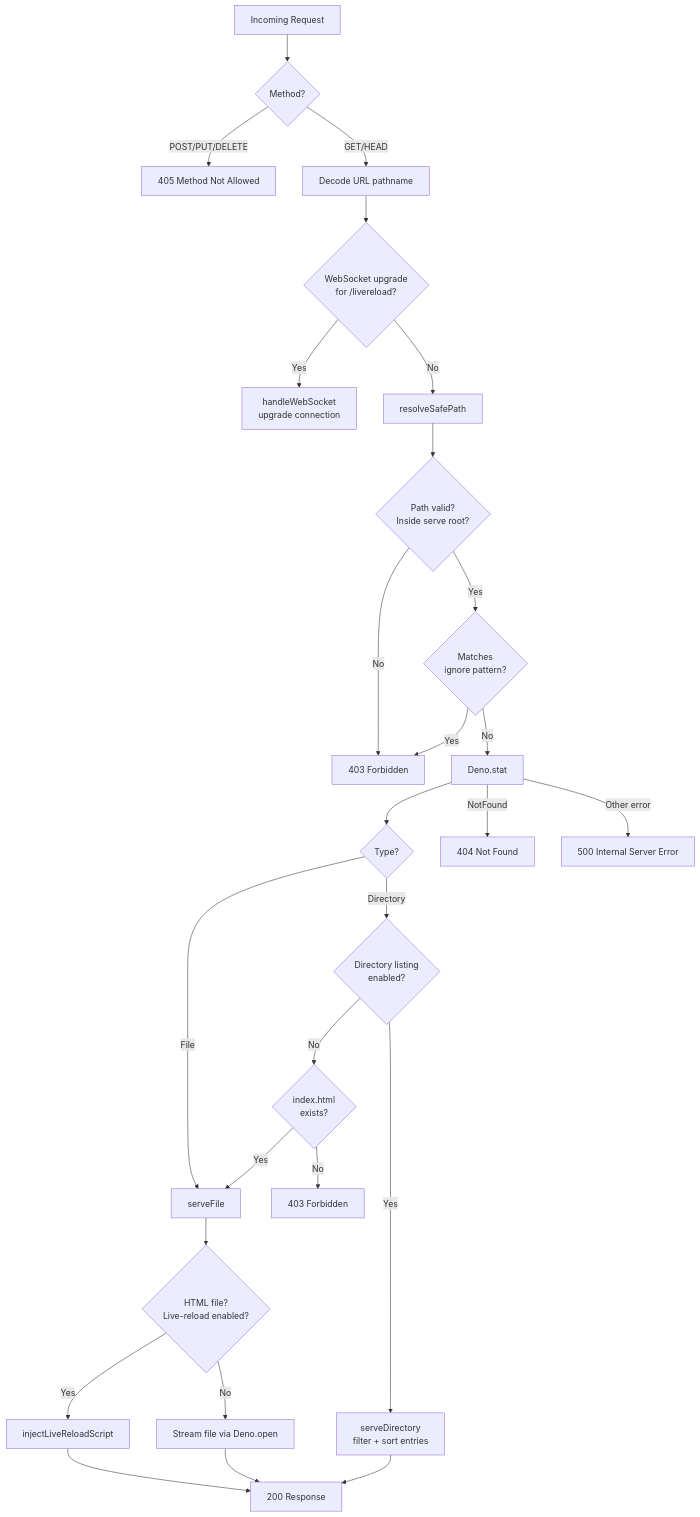
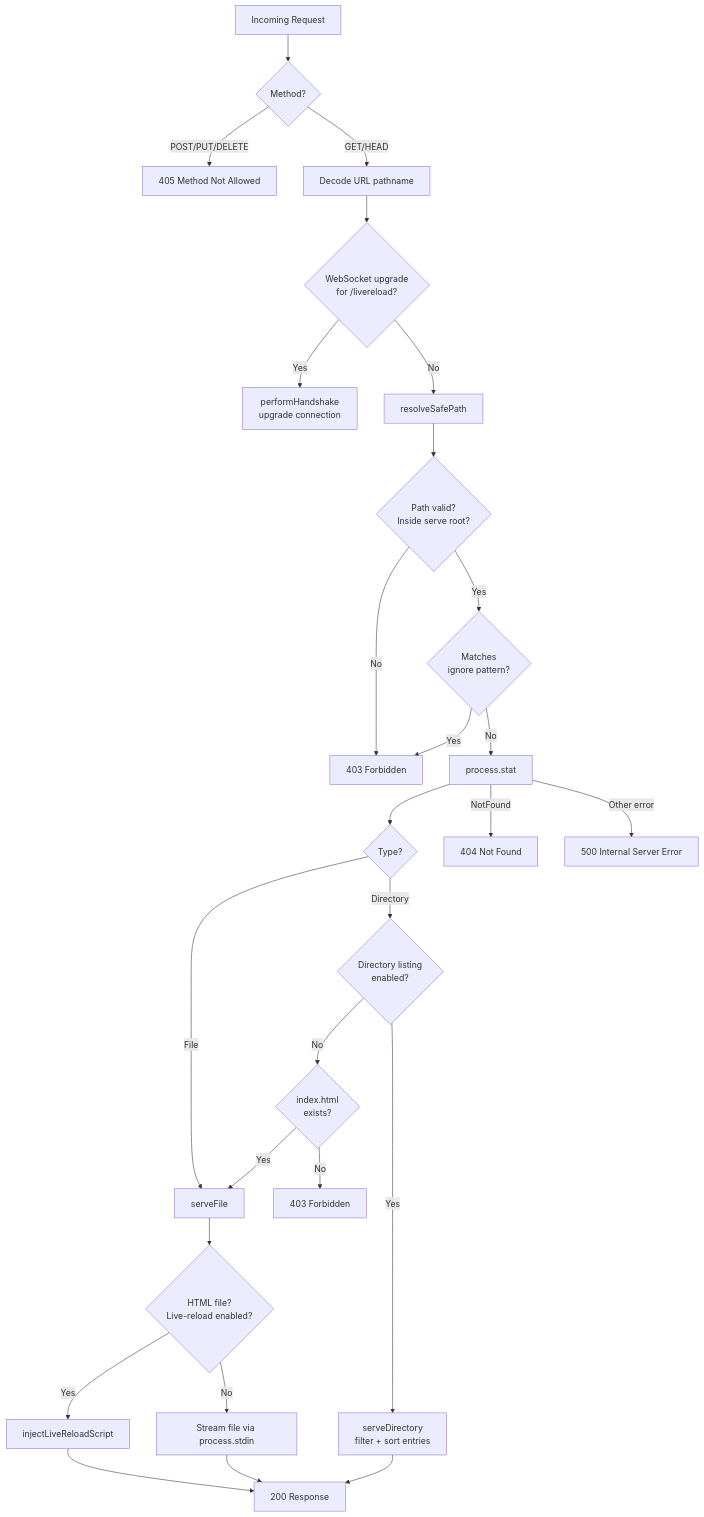
The third of 7 diagrams in docs/architecture.md (MetalbolicX/httpath), drawn with Mermaid before and after one commit. The commit also changed other lines of this file and 9 other files, not shown here.

````diff
--- a/docs/architecture.md
+++ b/docs/architecture.md
@@ -133,38 +157,38 @@
 ```mermaid
 flowchart TD
     A[Incoming Request] --> B{Method?}
 
     B -->|POST/PUT/DELETE| C[405 Method Not Allowed]
     B -->|GET/HEAD| D[Decode URL pathname]
 
     D --> E{WebSocket upgrade<br>for /livereload?}
-    E -->|Yes| F[handleWebSocket<br>upgrade connection]
+    E -->|Yes| F[performHandshake<br>upgrade connection]
     E -->|No| G[resolveSafePath]
 
     G --> H{Path valid?<br>Inside serve root?}
     H -->|No| I[403 Forbidden]
     H -->|Yes| J{Matches<br>ignore pattern?}
     J -->|Yes| I
-    J -->|No| K[Deno.stat]
+    J -->|No| K[process.stat]
 
     K --> L{Type?}
     L -->|File| M[serveFile]
     L -->|Directory| N{Directory listing<br>enabled?}
 
     N -->|Yes| O[serveDirectory<br>filter + sort entries]
     N -->|No| P{index.html<br>exists?}
 
     P -->|Yes| M
     P -->|No| Q[403 Forbidden]
 
     M --> R{HTML file?<br>Live-reload enabled?}
     R -->|Yes| S[injectLiveReloadScript]
-    R -->|No| T[Stream file via Deno.open]
+    R -->|No| T[Stream file via process.stdin]
 
     S --> U[200 Response]
     T --> U
     O --> U
 
     K -->|NotFound| V[404 Not Found]
     K -->|Other error| W[500 Internal Server Error]
 ```
````
